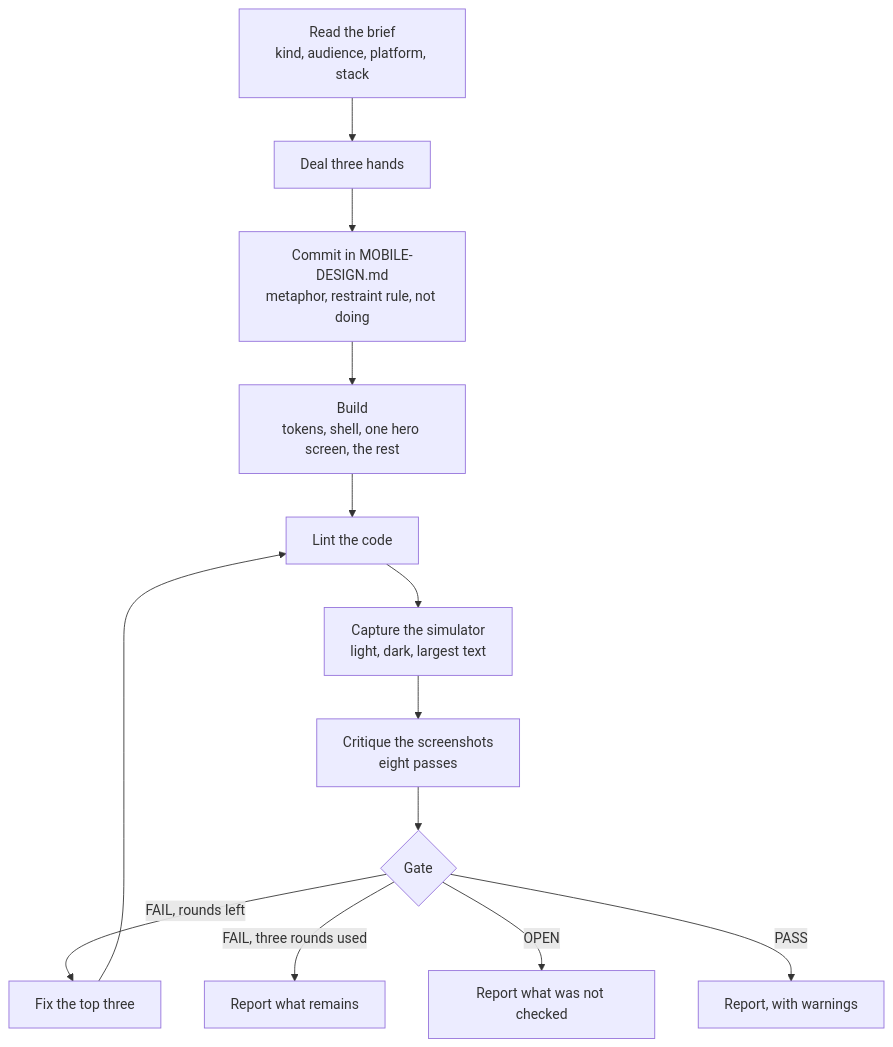
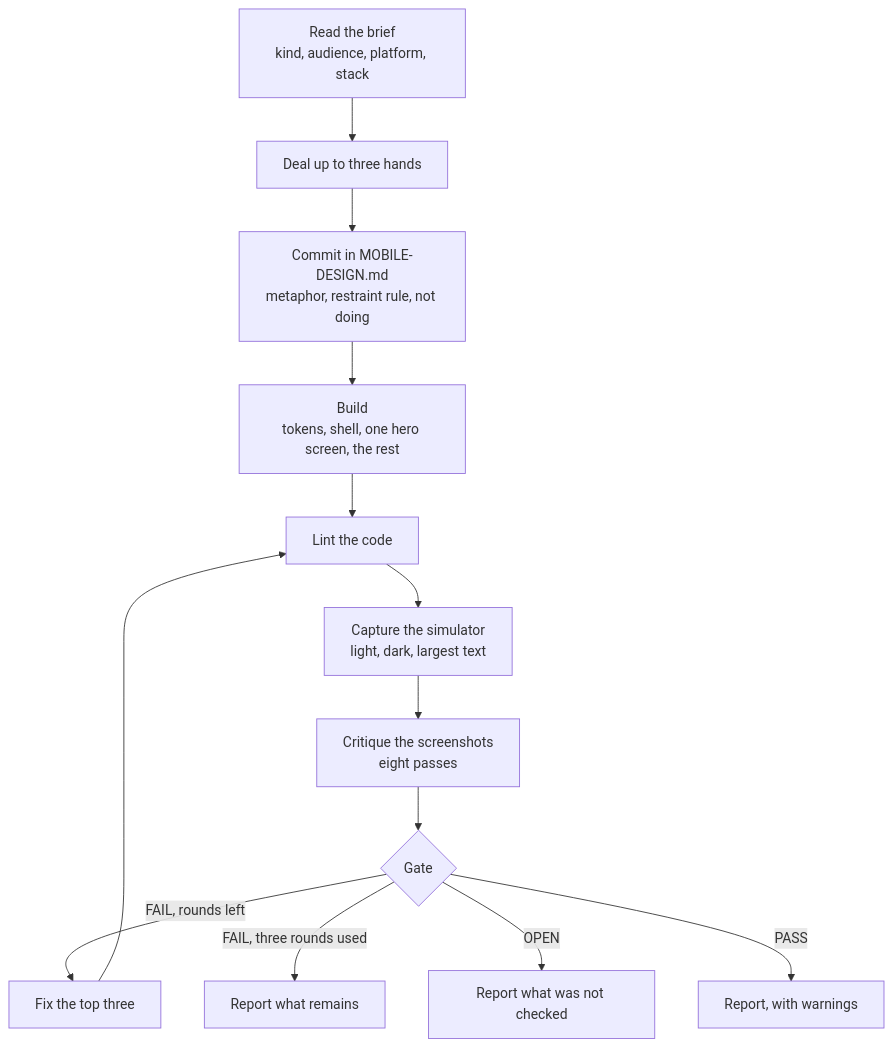
The first of 2 diagrams in README.md (therynamo/taste-mobile), drawn with Mermaid before and after one commit. The commit also changed other lines of this file and 158 other files, not shown here.

````diff
--- a/README.md
+++ b/README.md
@@ -54,14 +73,14 @@
 ```mermaid
 flowchart TD
-  A[Read the brief<br/>kind, audience, platform, stack] --> B[Deal three hands]
+  A[Read the brief<br/>kind, audience, platform, stack] --> B[Deal up to three hands]
   B --> C[Commit in MOBILE-DESIGN.md<br/>metaphor, restraint rule, not doing]
   C --> D[Build<br/>tokens, shell, one hero screen, the rest]
   D --> E[Lint the code]
   E --> F[Capture the simulator<br/>light, dark, largest text]
   F --> G[Critique the screenshots<br/>eight passes]
   G --> H{Gate}
   H -- FAIL, rounds left --> I[Fix the top three] --> E
   H -- FAIL, three rounds used --> R[Report what remains]
   H -- OPEN --> O[Report what was not checked]
   H -- PASS --> P[Report, with warnings]
 ```
````
